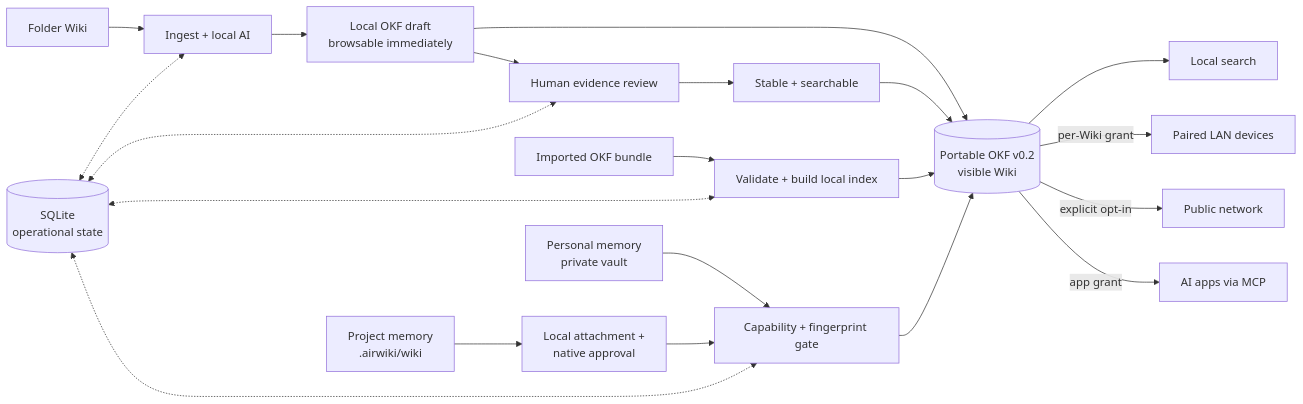
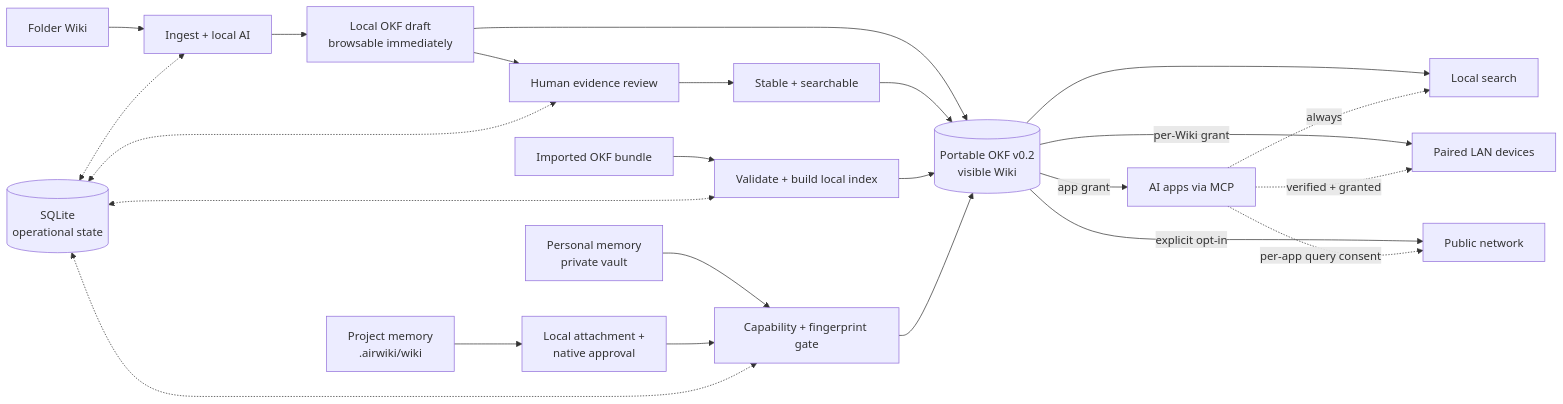
Before and after one commit to airwiki/airwiki: the second of 2 diagrams in README.md, drawn with Mermaid. The commit also changed other lines of this file and 42 other files, not shown here.

````diff
--- a/README.md
+++ b/README.md
@@ -228,28 +238,32 @@
 ```mermaid
 flowchart LR
     folder["Folder Wiki"] --> folder_pipeline["Ingest + local AI"]
     folder_pipeline --> draft["Local OKF draft<br/>browsable immediately"]
     draft --> review["Human evidence review"]
     review --> stable["Stable + searchable"]
     draft --> bundle[("Portable OKF v0.2<br/>visible Wiki")]
     stable --> bundle
 
     imported["Imported OKF bundle"] --> import_pipeline["Validate + build local index"]
     import_pipeline --> bundle
 
     memory["Personal memory<br/>private vault"] --> capability["Capability + fingerprint gate"]
     project_memory["Project memory<br/>.airwiki/wiki"] --> attachment["Local attachment +<br/>native approval"]
     attachment --> capability
     capability --> bundle
 
     state[("SQLite<br/>operational state")]
     state <-.-> folder_pipeline
     state <-.-> import_pipeline
     state <-.-> capability
     state <-.-> review
 
     bundle --> local["Local search"]
     bundle -- "per-Wiki grant" --> lan["Paired LAN devices"]
     bundle -- "explicit opt-in" --> public["Public network"]
     bundle -- "app grant" --> mcp["AI apps via MCP"]
+
+    mcp -. "always" .-> local
+    mcp -. "verified + granted" .-> lan
+    mcp -. "per-app query consent" .-> public
 ```
````
